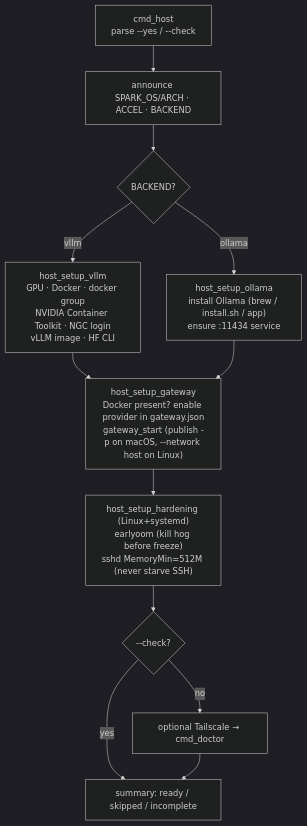
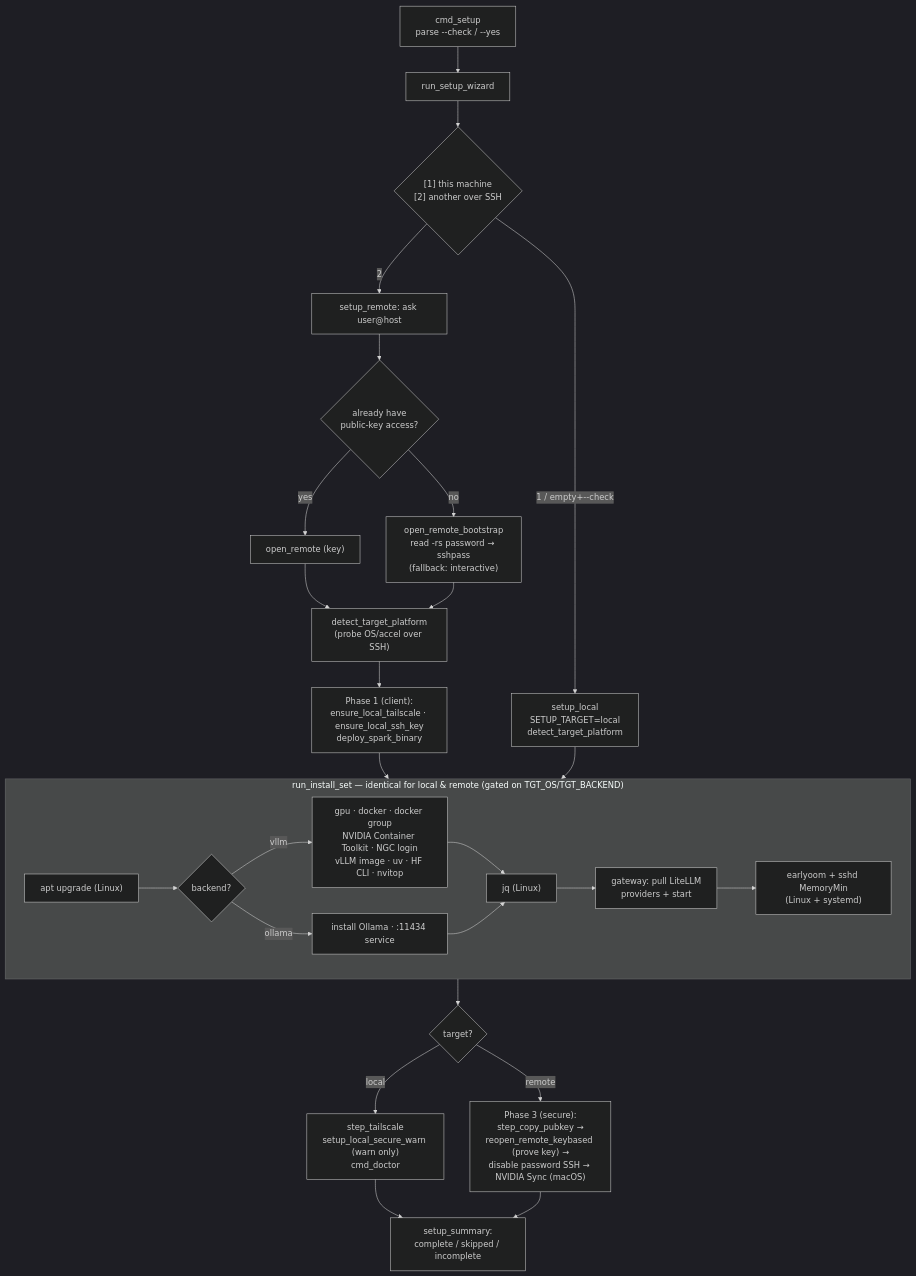
One commit to massimo92/spark changed the third of 4 diagrams in docs/flow.md. Above: the diagram before and after it, drawn with Mermaid (dark theme). The commit also changed other lines of this file and 3 other files, not shown here.

First line of the commit message:
Unify spark host + setup into one interactive wizard

````diff
--- a/docs/flow.md
+++ b/docs/flow.md
@@ -152,15 +85,37 @@
 ```mermaid
 flowchart TD
-    h0["cmd_host\nparse --yes / --check"] --> hann["announce SPARK_OS/ARCH · ACCEL · BACKEND"]
-    hann --> hfork{"BACKEND?"}
-    hfork -->|vllm| hv["host_setup_vllm\nGPU · Docker · docker group\nNVIDIA Container Toolkit · NGC login\nvLLM image · HF CLI"]
-    hfork -->|ollama| ho["host_setup_ollama\ninstall Ollama (brew / install.sh / app)\nensure :11434 service"]
-    hv --> hgw
-    ho --> hgw
-    hgw["host_setup_gateway\nDocker present? enable provider in gateway.json\ngateway_start (publish -p on macOS, --network host on Linux)"]
-    hgw --> hhard["host_setup_hardening (Linux+systemd)\nearlyoom (kill hog before freeze)\nsshd MemoryMin=512M (never starve SSH)"]
-    hhard --> htail{"--check?"}
-    htail -->|no| htail2["optional Tailscale → cmd_doctor"]
-    htail -->|yes| hsum
-    htail2 --> hsum["summary: ready / skipped / incomplete"]
+    entry["cmd_setup\nparse --check / --yes"] --> wiz["run_setup_wizard"]
+    wiz --> q1{"[1] this machine\n[2] another over SSH"}
+
+    q1 -->|1 / empty+--check| local["setup_local\nSETUP_TARGET=local\ndetect_target_platform"]
+    q1 -->|2| ask["setup_remote: ask user@host"]
+
+    ask --> q2{"already have\npublic-key access?"}
+    q2 -->|yes| openk["open_remote (key)"]
+    q2 -->|no| boot["open_remote_bootstrap\nread -rs password → sshpass\n(fallback: interactive)"]
+    openk --> det
+    boot --> det["detect_target_platform\n(probe OS/accel over SSH)"]
+
+    det --> p1["Phase 1 (client):\nensure_local_tailscale · ensure_local_ssh_key\ndeploy_spark_binary"]
+    p1 --> shared
+
+    local --> shared
+
+    subgraph shared ["run_install_set — identical for local & remote (gated on TGT_OS/TGT_BACKEND)"]
+        s_apt["apt upgrade (Linux)"] --> s_fork{"backend?"}
+        s_fork -->|vllm| s_v["gpu · docker · docker group\nNVIDIA Container Toolkit · NGC login\nvLLM image · uv · HF CLI · nvitop"]
+        s_fork -->|ollama| s_o["install Ollama · :11434 service"]
+        s_v --> s_jq
+        s_o --> s_jq
+        s_jq["jq (Linux)"] --> s_gw["gateway: pull LiteLLM\nproviders + start"]
+        s_gw --> s_hard["earlyoom + sshd MemoryMin\n(Linux + systemd)"]
+    end
+
+    shared --> branch{"target?"}
+    branch -->|local| lsec["step_tailscale\nsetup_local_secure_warn (warn only)\ncmd_doctor"]
+    branch -->|remote| rsec["Phase 3 (secure):\nstep_copy_pubkey →\nreopen_remote_keybased (prove key) →\ndisable password SSH → NVIDIA Sync (macOS)"]
+
+    lsec --> summ
+    rsec --> summ
+    summ["setup_summary:\ncomplete / skipped / incomplete"]
 ```
````
